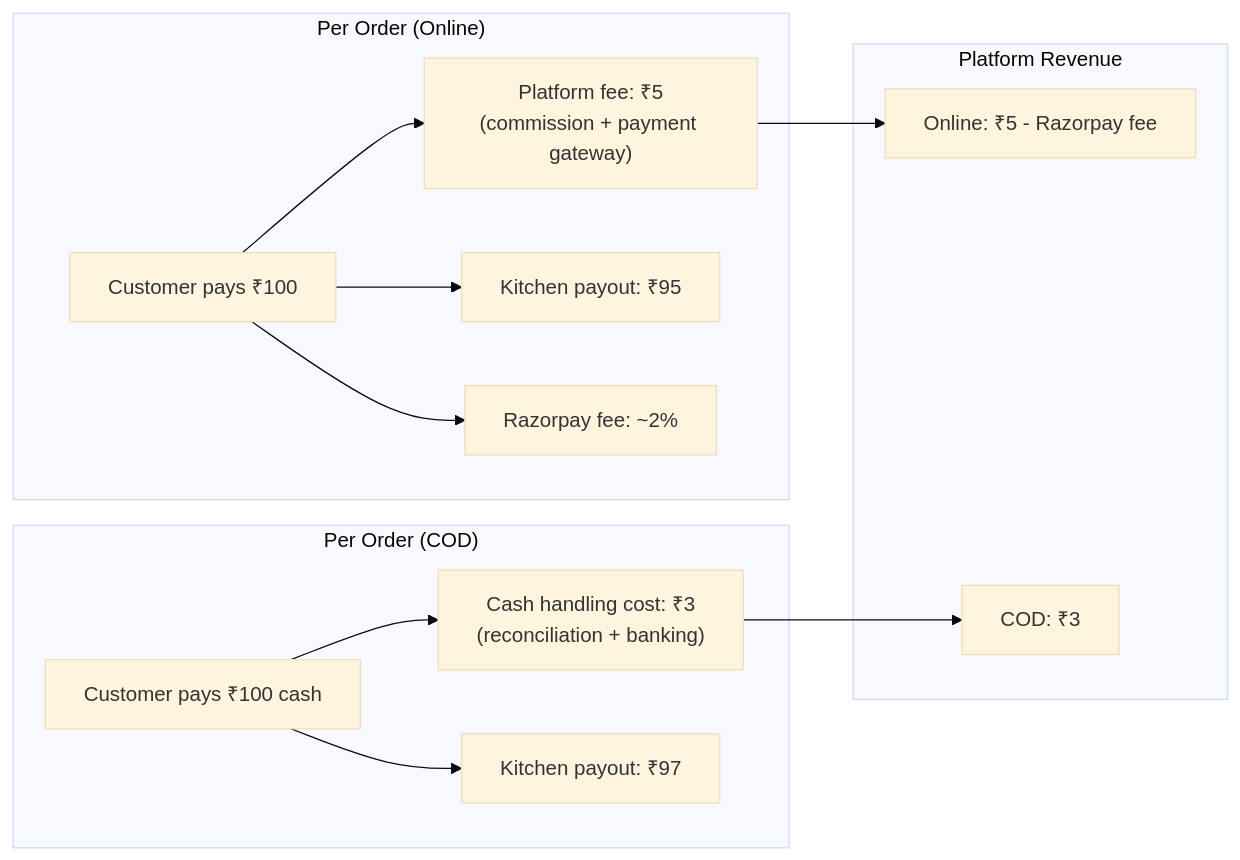
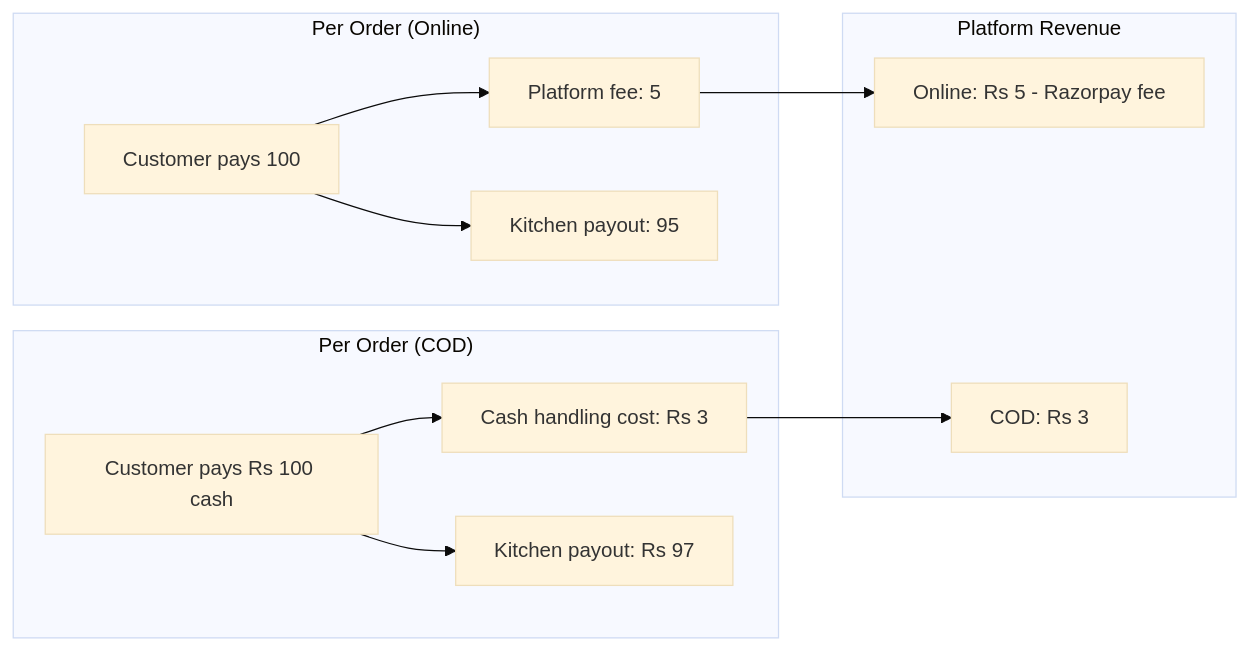
One commit to dharshan47/rrckitchen changed the eighth of 8 diagrams in docs/08-payment-system.md. Above: the diagram before and after it, drawn with Mermaid (base theme). The commit also changed other lines of this file and 273 other files, not shown here.

````diff
--- a/docs/08-payment-system.md
+++ b/docs/08-payment-system.md
@@ -414,28 +415,27 @@
 ```mermaid
-graph LR
+%%{init: {'flowchart': {'curve': 'basis', 'useMaxWidth': true}}}%%
+flowchart LR
     subgraph "Per Order (Online)"
-        A["Customer pays ₹100"]
-        B["Platform fee: ₹5<br/>(commission + payment gateway)"]
-        C["Kitchen payout: ₹95"]
-        D["Razorpay fee: ~2%"]
+        A["Customer pays 100"]
+        B["Platform fee: 5"]
+        C["Kitchen payout: 95"]
     end
 
     subgraph "Per Order (COD)"
-        E["Customer pays ₹100 cash"]
-        F["Cash handling cost: ₹3<br/>(reconciliation + banking)"]
-        G["Kitchen payout: ₹97"]
+        E["Customer pays Rs 100 cash"]
+        F["Cash handling cost: Rs 3"]
+        G["Kitchen payout: Rs 97"]
     end
 
     subgraph "Platform Revenue"
-        H["Online: ₹5 - Razorpay fee"]
-        I["COD: ₹3"]
+        H["Online: Rs 5 - Razorpay fee"]
+        I["COD: Rs 3"]
     end
 
     A --> B
     A --> C
-    A --> D
     E --> F
     E --> G
     B --> H
     F --> I
 ```
````
